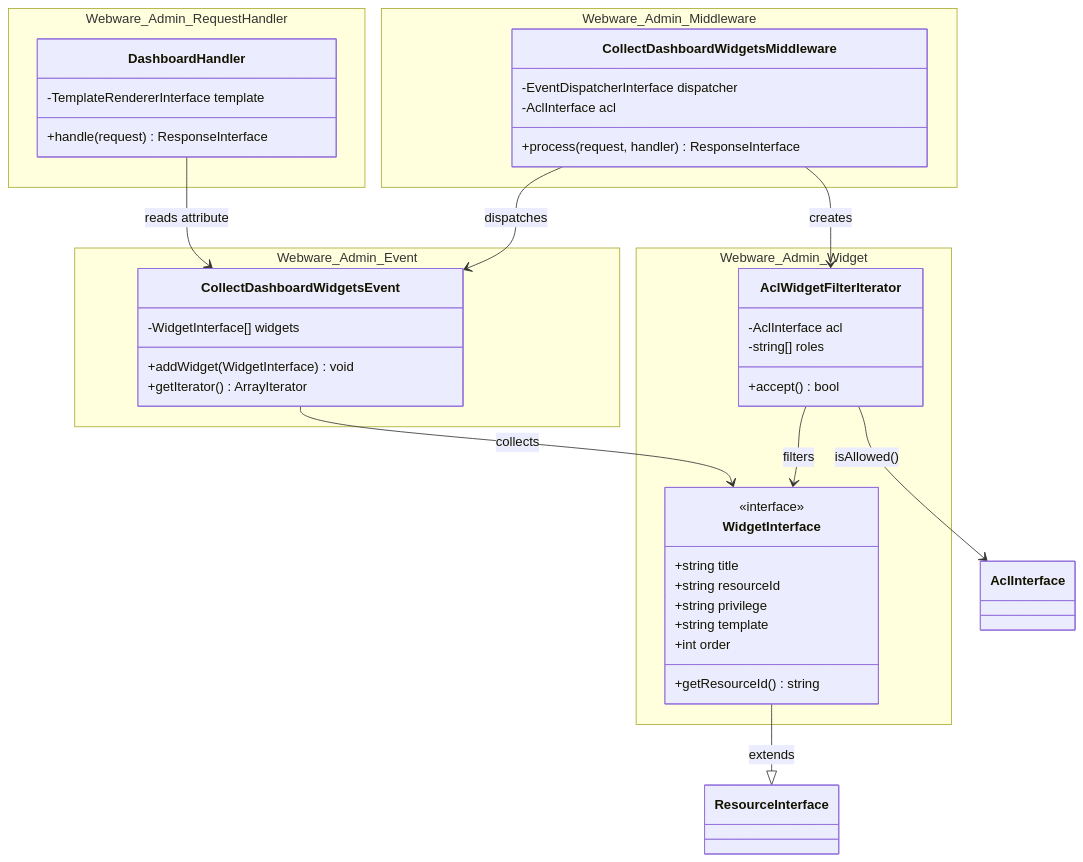
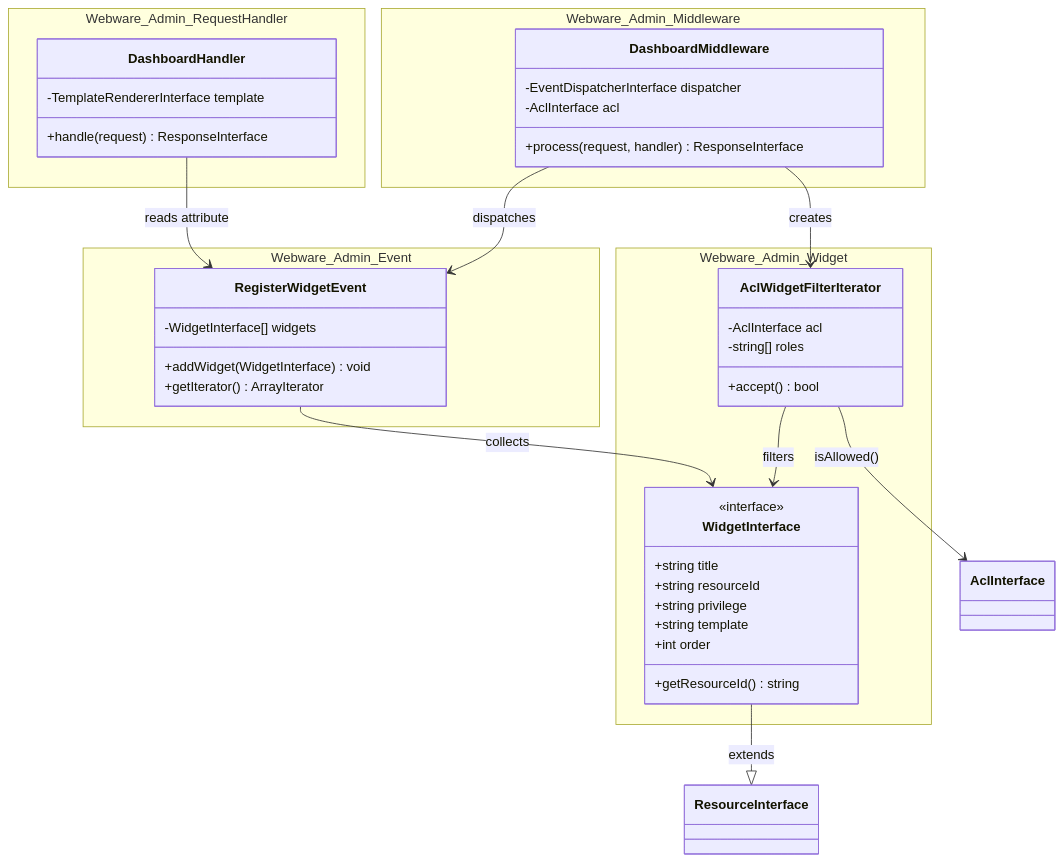
The first of 2 diagrams in src/webware-admin/docs/dashboard-widget-system.md (tyrsson/farmers-store-inventory), drawn with Mermaid before and after one commit. The commit also changed other lines of this file and 11 other files, not shown here.

````diff
--- a/src/webware-admin/docs/dashboard-widget-system.md
+++ b/src/webware-admin/docs/dashboard-widget-system.md
@@ -54,50 +54,50 @@
 ```mermaid
 classDiagram
     namespace Webware_Admin_Widget {
         class WidgetInterface {
             <<interface>>
             +string title
             +string resourceId
             +string privilege
             +string template
             +int order
             +getResourceId() string
         }
         class AclWidgetFilterIterator {
             -AclInterface acl
             -string[] roles
             +accept() bool
         }
     }
 
     namespace Webware_Admin_Event {
-        class CollectDashboardWidgetsEvent {
+        class RegisterWidgetEvent {
             -WidgetInterface[] widgets
             +addWidget(WidgetInterface) void
             +getIterator() ArrayIterator
         }
     }
 
     namespace Webware_Admin_Middleware {
-        class CollectDashboardWidgetsMiddleware {
+        class DashboardMiddleware {
             -EventDispatcherInterface dispatcher
             -AclInterface acl
             +process(request, handler) ResponseInterface
         }
     }
 
     namespace Webware_Admin_RequestHandler {
         class DashboardHandler {
             -TemplateRendererInterface template
             +handle(request) ResponseInterface
         }
     }
 
     WidgetInterface --|> ResourceInterface : extends
     AclWidgetFilterIterator --> WidgetInterface : filters
     AclWidgetFilterIterator --> AclInterface : isAllowed()
-    CollectDashboardWidgetsEvent --> WidgetInterface : collects
-    CollectDashboardWidgetsMiddleware --> CollectDashboardWidgetsEvent : dispatches
-    CollectDashboardWidgetsMiddleware --> AclWidgetFilterIterator : creates
-    DashboardHandler --> CollectDashboardWidgetsEvent : reads attribute
+    RegisterWidgetEvent --> WidgetInterface : collects
+    DashboardMiddleware --> RegisterWidgetEvent : dispatches
+    DashboardMiddleware --> AclWidgetFilterIterator : creates
+    DashboardHandler --> RegisterWidgetEvent : reads attribute
 ```
````
